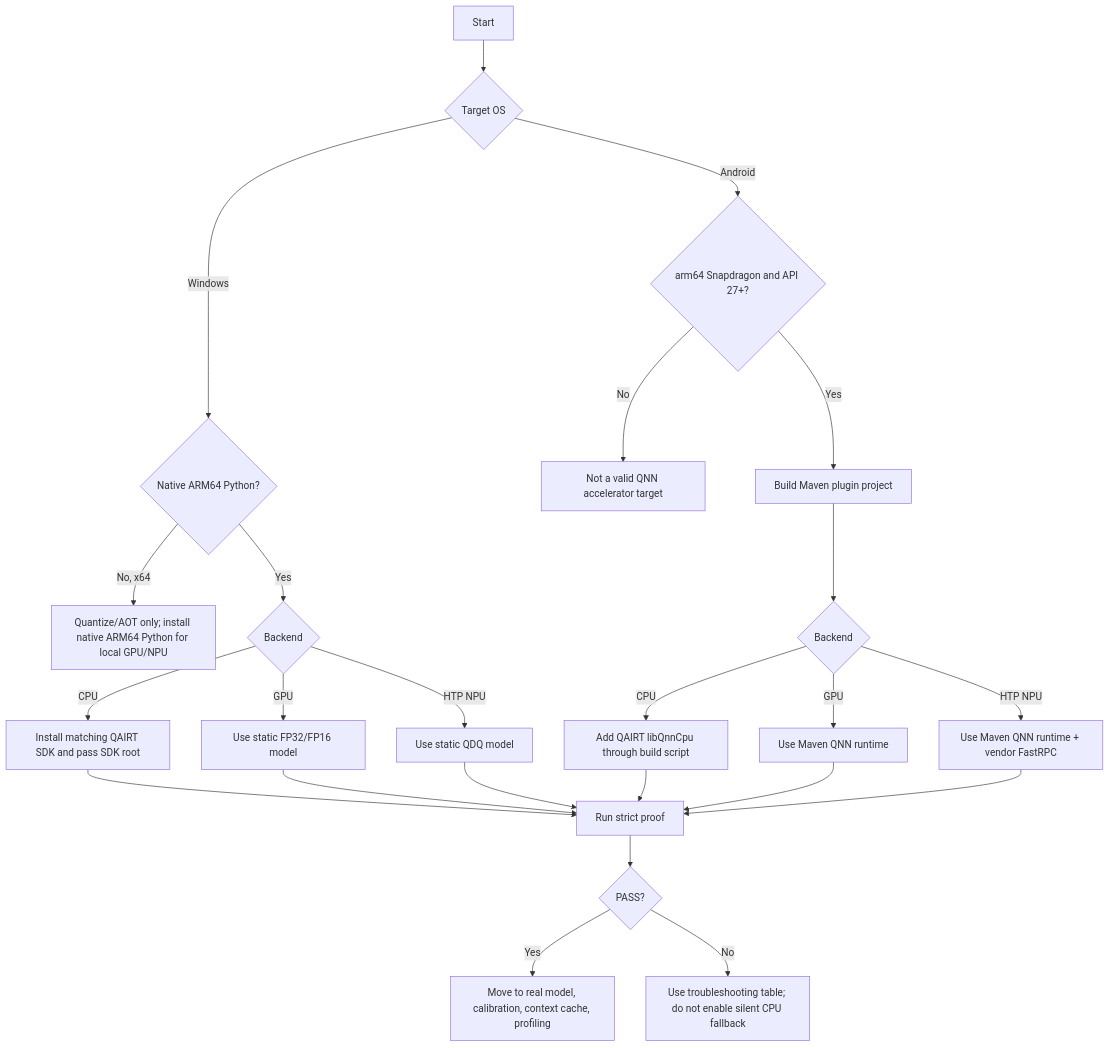
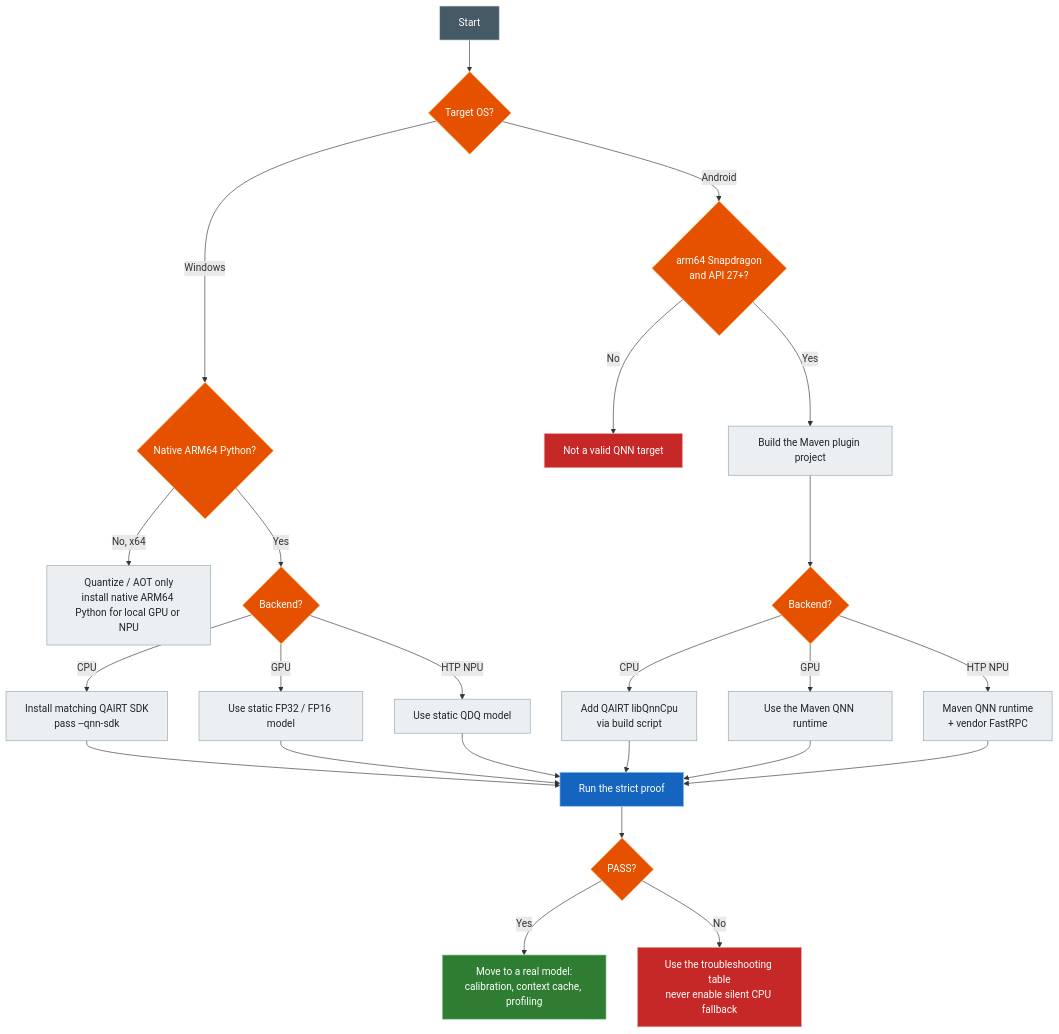
One commit to DakeQQ/Tutorial-ONNX-Runtime-Execution-Providers changed the third of 5 diagrams in Qualcomm/README.md. Above: the diagram before and after it, drawn with Mermaid. The commit also changed other lines of this file and 1 other file, not shown here.

````diff
--- a/Qualcomm/README.md
+++ b/Qualcomm/README.md
@@ -186,26 +222,40 @@
 ```mermaid
 flowchart TD
-    A[Start] --> B{Target OS}
-    B -->|Windows| C{Native ARM64 Python?}
-    C -->|No, x64| D[Quantize/AOT only; install native ARM64 Python for local GPU/NPU]
-    C -->|Yes| E{Backend}
-    E -->|CPU| F[Install matching QAIRT SDK and pass SDK root]
-    E -->|GPU| G[Use static FP32/FP16 model]
-    E -->|HTP NPU| H[Use static QDQ model]
-    B -->|Android| I{arm64 Snapdragon and API 27+?}
-    I -->|No| J[Not a valid QNN accelerator target]
-    I -->|Yes| K[Build Maven plugin project]
-    K --> L{Backend}
-    L -->|CPU| M[Add QAIRT libQnnCpu through build script]
-    L -->|GPU| N[Use Maven QNN runtime]
-    L -->|HTP NPU| O[Use Maven QNN runtime + vendor FastRPC]
-    F --> P[Run strict proof]
+    A["Start"] --> B{"Target OS?"}
+    B -->|Windows| C{"Native ARM64 Python?"}
+    C -->|"No, x64"| D["Quantize / AOT only<br/>install native ARM64 Python for local GPU or NPU"]
+    C -->|Yes| E{"Backend?"}
+    E -->|CPU| F["Install matching QAIRT SDK<br/>pass --qnn-sdk"]
+    E -->|GPU| G["Use static FP32 / FP16 model"]
+    E -->|"HTP NPU"| H["Use static QDQ model"]
+    B -->|Android| I{"arm64 Snapdragon<br/>and API 27+?"}
+    I -->|No| J["Not a valid QNN target"]
+    I -->|Yes| K["Build the Maven plugin project"]
+    K --> L{"Backend?"}
+    L -->|CPU| M["Add QAIRT libQnnCpu<br/>via build script"]
+    L -->|GPU| N["Use the Maven QNN runtime"]
+    L -->|"HTP NPU"| O["Maven QNN runtime<br/>+ vendor FastRPC"]
+    F --> P["Run the strict proof"]
     G --> P
     H --> P
     M --> P
     N --> P
     O --> P
-    P --> Q{PASS?}
-    Q -->|Yes| R[Move to real model, calibration, context cache, profiling]
-    Q -->|No| S[Use troubleshooting table; do not enable silent CPU fallback]
+    P --> Q{"PASS?"}
+    Q -->|Yes| R["Move to a real model:<br/>calibration, context cache, profiling"]
+    Q -->|No| S["Use the troubleshooting table<br/>never enable silent CPU fallback"]
+
+    style A fill:#455a64,stroke:#cfd8dc,color:#ffffff
+    style B fill:#e65100,stroke:#ffcc80,color:#ffffff
+    style C fill:#e65100,stroke:#ffcc80,color:#ffffff
+    style E fill:#e65100,stroke:#ffcc80,color:#ffffff
+    style I fill:#e65100,stroke:#ffcc80,color:#ffffff
+    style L fill:#e65100,stroke:#ffcc80,color:#ffffff
+    style Q fill:#e65100,stroke:#ffcc80,color:#ffffff
+    style J fill:#c62828,stroke:#ef9a9a,color:#ffffff
+    style S fill:#c62828,stroke:#ef9a9a,color:#ffffff
+    style R fill:#2e7d32,stroke:#a5d6a7,color:#ffffff
+    style P fill:#1565c0,stroke:#90caf9,color:#ffffff
+    classDef leaf fill:#eceff1,stroke:#90a4ae,color:#20242b
+    class D,F,G,H,K,M,N,O leaf
 ```
````
